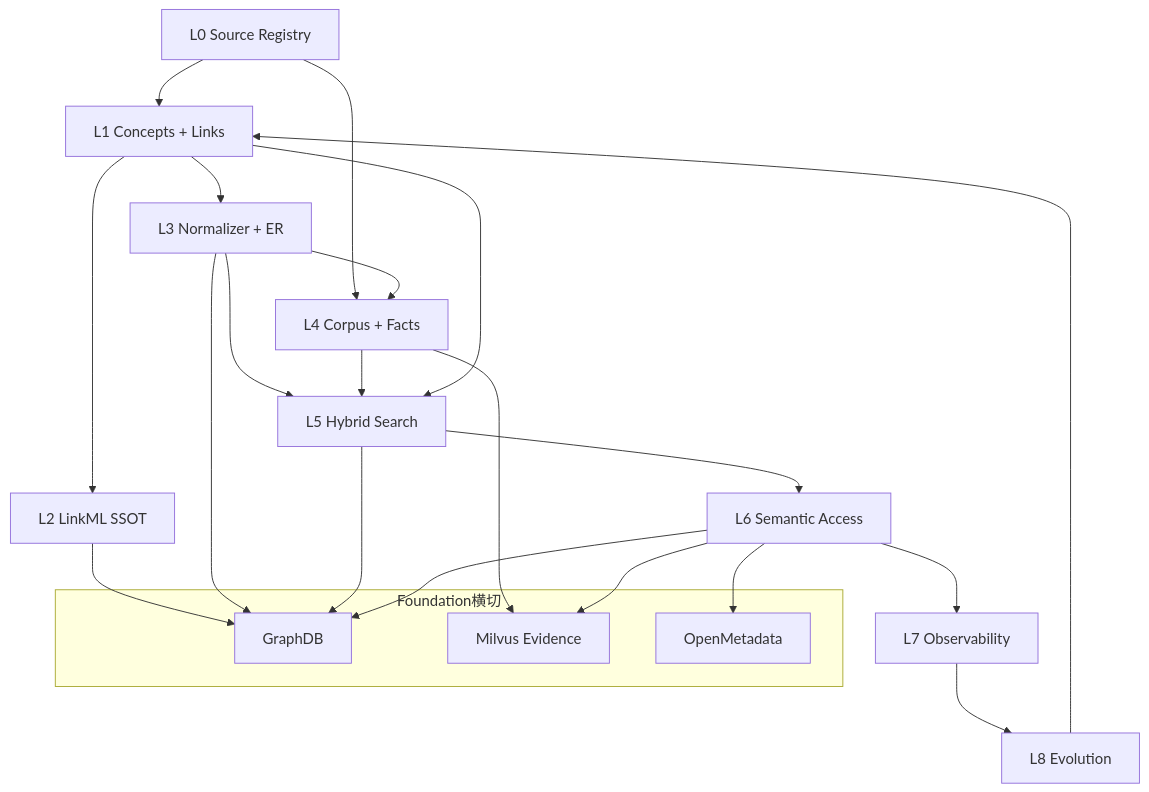
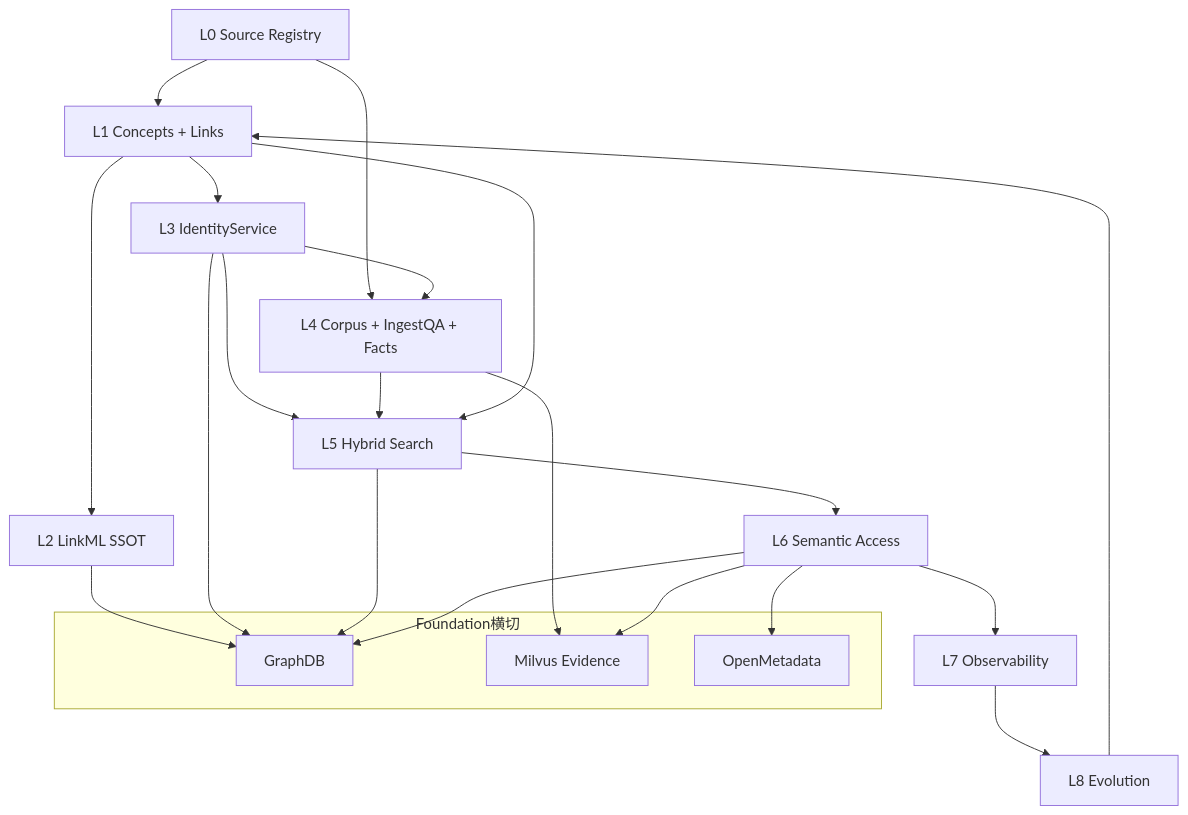
Before and after one commit to zhiweio/biomed-ontology: the diagram in docs/architecture/layers.md, drawn with Mermaid. The commit also changed other lines of this file and 124 other files, not shown here.

First line of the commit message:
feat: land workspace, IdentityService, IngestQA, and handbook rewrite

````diff
--- a/docs/architecture/layers.md
+++ b/docs/architecture/layers.md
@@ -54,27 +70,27 @@
 ```mermaid
 flowchart TB
   L0[L0 Source Registry] --> L1[L1 Concepts + Links]
   L1 --> L2[L2 LinkML SSOT]
-  L1 --> L3[L3 Normalizer + ER]
-  L0 --> L4[L4 Corpus + Facts]
+  L1 --> L3[L3 IdentityService]
+  L0 --> L4[L4 Corpus + IngestQA + Facts]
   L3 --> L4
   L3 --> L5[L5 Hybrid Search]
   L4 --> L5
   L1 --> L5
   L5 --> L6[L6 Semantic Access]
   L6 --> L7[L7 Observability]
   L7 --> L8[L8 Evolution]
   L8 --> L1
   subgraph Foundation横切
     GDB[GraphDB]
     MV[Milvus Evidence]
     OM[OpenMetadata]
   end
   L2 --> GDB
   L3 --> GDB
   L4 --> MV
   L5 --> GDB
   L6 --> GDB
   L6 --> MV
   L6 --> OM
 ```
````
